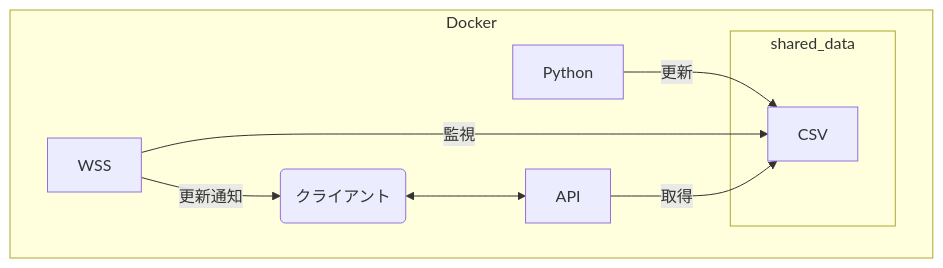
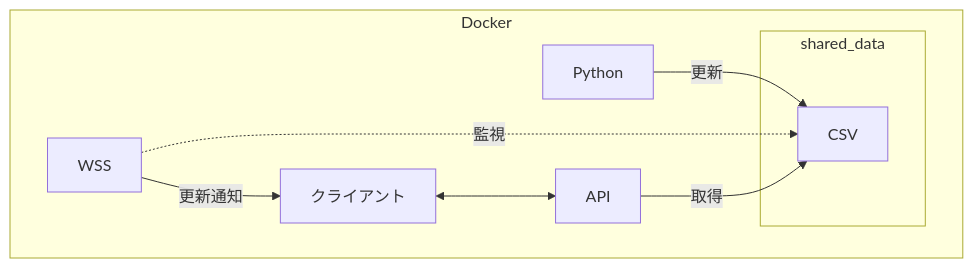
The diagram in kadai06/README.md (RyOkEeeesh/io21), drawn with Mermaid before and after one commit. The commit also changed other lines of this file, not shown here.

````diff
--- a/kadai06/README.md
+++ b/kadai06/README.md
@@ -17,13 +23,18 @@
-  ```mermaid
-    flowchart LR
-      subgraph Docker
-      direction LR
-        subgraph shared_data
-        CSV
-        end
-      Python --更新--> CSV
-      WSS --監視--> CSV
-      WSS --更新通知--> display(クライアント) <--> API
-      API --取得--> CSV
+```mermaid
+  flowchart LR
+    subgraph Docker
+    direction LR
+      subgraph shared_data
+      CSV
       end
-  ```
+    Python --更新--> CSV
+    WSS -.監視.-> CSV
+    WSS --更新通知--> クライアント <--> API
+    API --取得--> CSV
+    end
+
+    click Python "https://github.com/RyOkEeeesh/io21/blob/main/kadai06/py/script.py"
+    click WSS "https://github.com/RyOkEeeesh/io21/blob/main/kadai06/wss/server.js"
+    click クライアント "https://github.com/RyOkEeeesh/io21/blob/main/kadai06/next/app/page.tsx"
+    click API "https://github.com/RyOkEeeesh/io21/blob/main/kadai06/next/app/api/data/route.ts"
+```
````
